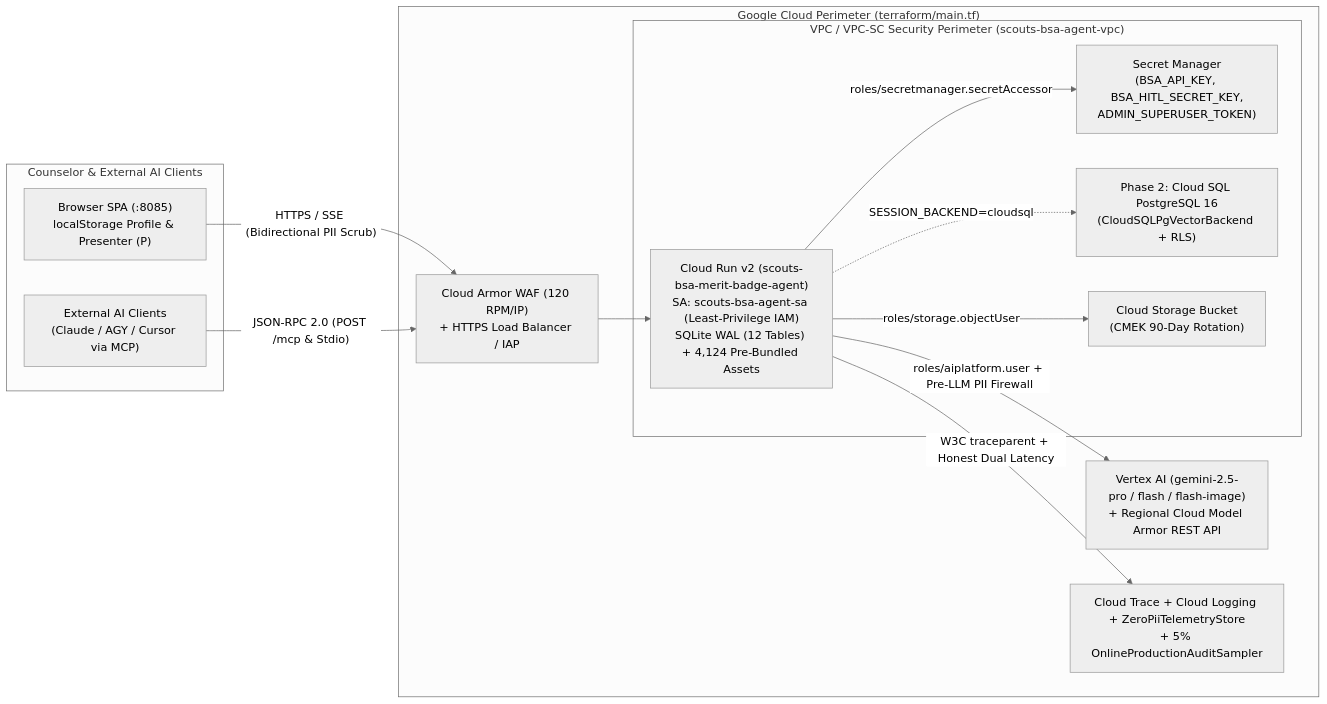
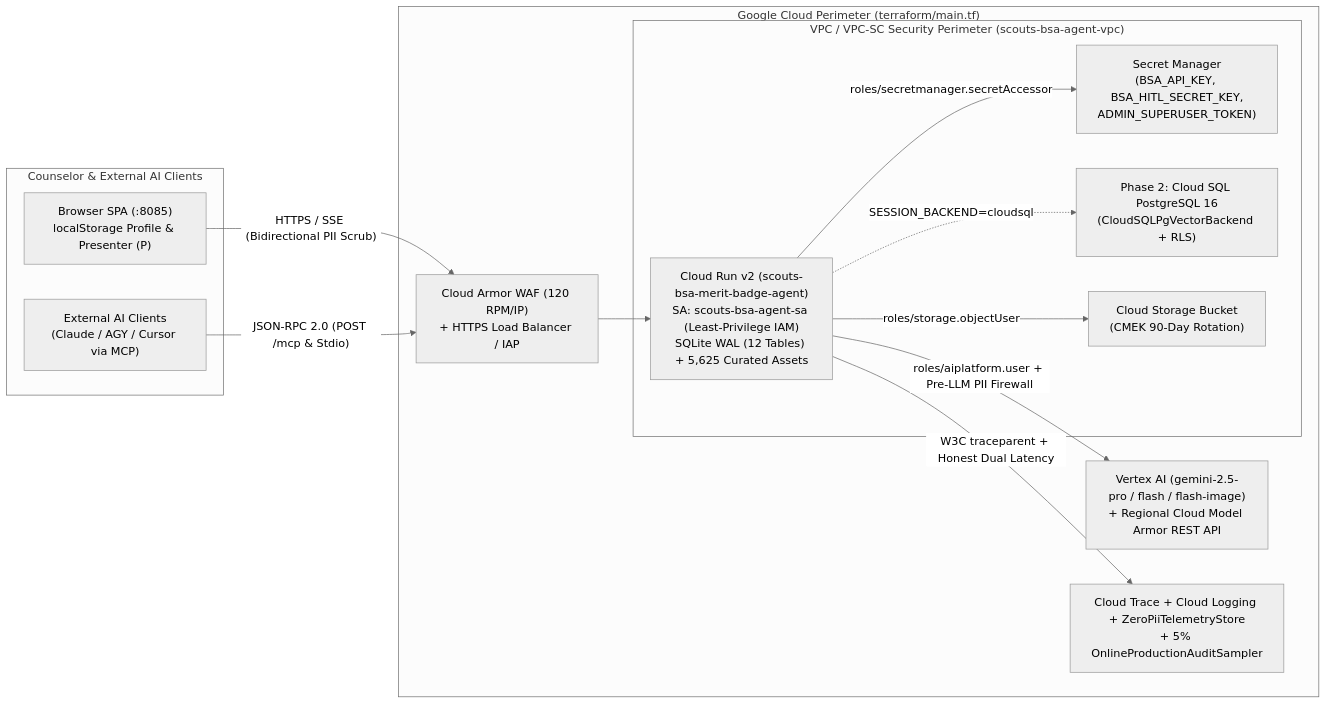
Before and after one commit to clayberg/scouts-bsa-merit-badge-agent: the second of 2 diagrams in README.md, drawn with Mermaid (neutral theme). The commit also changed other lines of this file and 250 other files, not shown here.

````diff
--- a/README.md
+++ b/README.md
@@ -290,28 +309,28 @@
 ```mermaid
 flowchart LR
     subgraph ClientEdge["Counselor & External AI Clients"]
         Browser["Browser SPA (:8085)<br/>localStorage Profile & Presenter (P)"]
         MCPClient["External AI Clients<br/>(Claude / AGY / Cursor via MCP)"]
     end
 
     subgraph GCPEdge["Google Cloud Perimeter (terraform/main.tf)"]
         WAF["Cloud Armor WAF (120 RPM/IP)<br/>+ HTTPS Load Balancer / IAP"]
         subgraph VPC["VPC / VPC-SC Security Perimeter (scouts-bsa-agent-vpc)"]
-            CR["Cloud Run v2 (scouts-bsa-merit-badge-agent)<br/>SA: scouts-bsa-agent-sa (Least-Privilege IAM)<br/>SQLite WAL (12 Tables) + 4,124 Pre-Bundled Assets"]
+            CR["Cloud Run v2 (scouts-bsa-merit-badge-agent)<br/>SA: scouts-bsa-agent-sa (Least-Privilege IAM)<br/>SQLite WAL (12 Tables) + 5,625 Curated Assets"]
             SM["Secret Manager<br/>(BSA_API_KEY, BSA_HITL_SECRET_KEY,<br/>ADMIN_SUPERUSER_TOKEN)"]
             CSQL["Phase 2: Cloud SQL PostgreSQL 16<br/>(CloudSQLPgVectorBackend + RLS)"]
             GCS["Cloud Storage Bucket<br/>(CMEK 90-Day Rotation)"]
         end
         Vertex["Vertex AI (gemini-2.5-pro / flash / flash-image)<br/>+ Regional Cloud Model Armor REST API"]
         Obs["Cloud Trace + Cloud Logging + ZeroPiiTelemetryStore<br/>+ 5% OnlineProductionAuditSampler"]
     end
 
     Browser -->|"HTTPS / SSE (Bidirectional PII Scrub)"| WAF
     MCPClient -->|"JSON-RPC 2.0 (POST /mcp & Stdio)"| WAF
     WAF --> CR
     CR -->|"roles/secretmanager.secretAccessor"| SM
     CR -->|"roles/aiplatform.user + Pre-LLM PII Firewall"| Vertex
     CR -.->|"SESSION_BACKEND=cloudsql"| CSQL
     CR -->|"roles/storage.objectUser"| GCS
     CR -->|"W3C traceparent + Honest Dual Latency"| Obs
 ```
````
